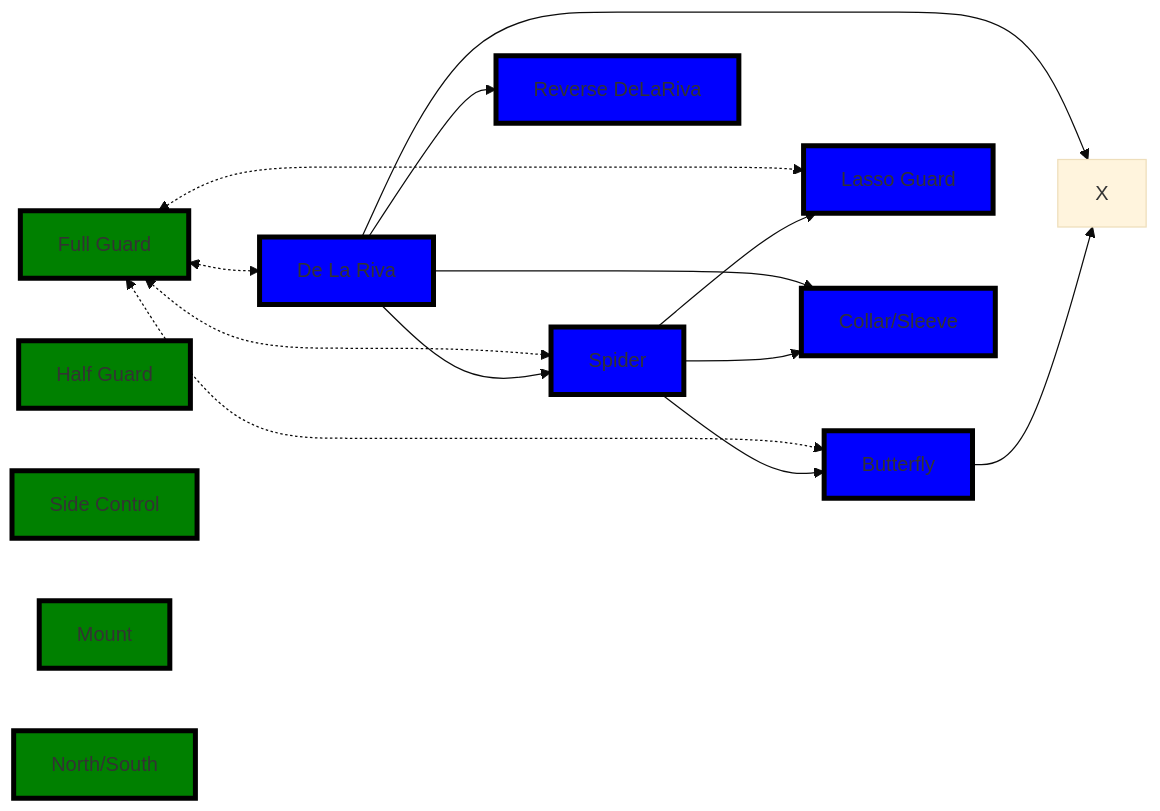
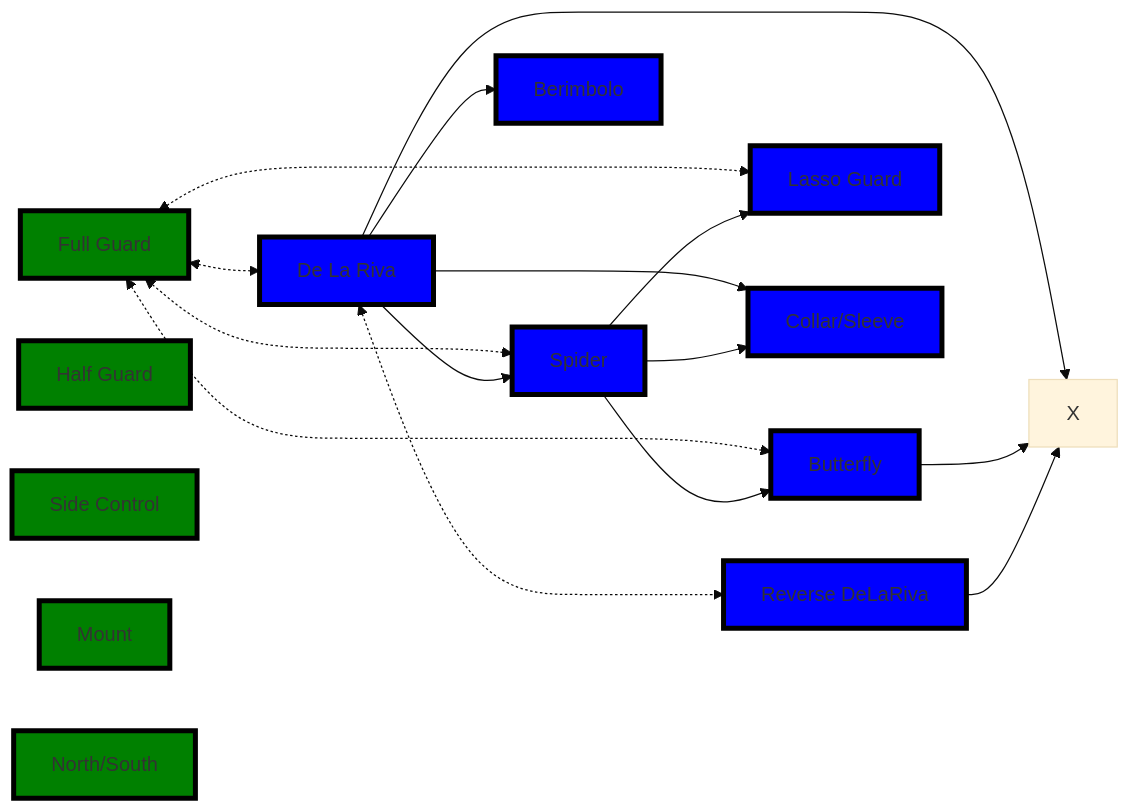
Before and after one commit to jacgit18/DevHiveMind: the diagram in _BJJ/Guards Directory.md, drawn with Mermaid (base theme). The commit also changed other lines of this file, not shown here.

````diff
--- a/_BJJ/Guards Directory.md
+++ b/_BJJ/Guards Directory.md
@@ -18,50 +18,55 @@
 ``` mermaid
 flowchart LR
     A[Full Guard] 
     B[De La Riva] 
     C[Spider]
     D[Butterfly]
     E[Lasso Guard]
     F[X]
 	G[Collar/Sleeve]
 	H[Half Guard] 
 	I[Side Control] 
 	J[Mount] 
 	K[North/South] 
 	L[Reverse DeLaRiva] 
+	M[Berimbolo]
 	
     A <-.-> B
     A <-.-> C
     A <-.-> D
     A <-.-> E
     B --> C
     B --> F
     B --> G
-    B --> L
+    B <-.-> L
+    B --> M
     C --> D
     C --> E
     C --> G
 	D --> F
+	L --> F
 
 style A fill:green,stroke:black,stroke-width:4px,shadow:shadow
 
 style B fill:blue,stroke:black,stroke-width:4px,shadow:shadow
 
 style C fill:blue,stroke:black,stroke-width:4px,shadow:shadow
 
 style D fill:blue,stroke:black,stroke-width:4px,shadow:shadow
 
 style E fill:blue,stroke:black,stroke-width:4px,shadow:shadow
 
 style G fill:blue,stroke:black,stroke-width:4px,shadow:shadow
 
 style H fill:green,stroke:black,stroke-width:4px,shadow:shadow
 
 style I fill:green,stroke:black,stroke-width:4px,shadow:shadow
 
 style J fill:green,stroke:black,stroke-width:4px,shadow:shadow
 
 style K fill:green,stroke:black,stroke-width:4px,shadow:shadow
 
 style L fill:blue,stroke:black,stroke-width:4px,shadow:shadow
+
+style M fill:blue,stroke:black,stroke-width:4px,shadow:shadow
 ```
````
